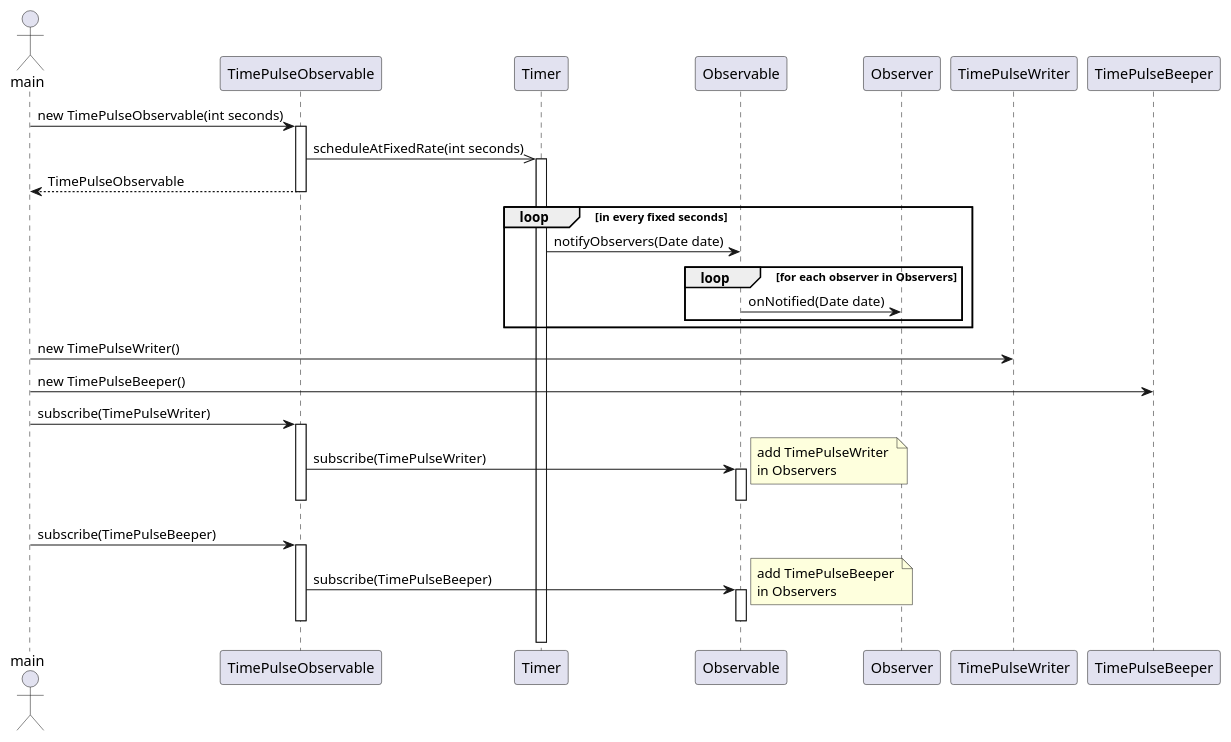
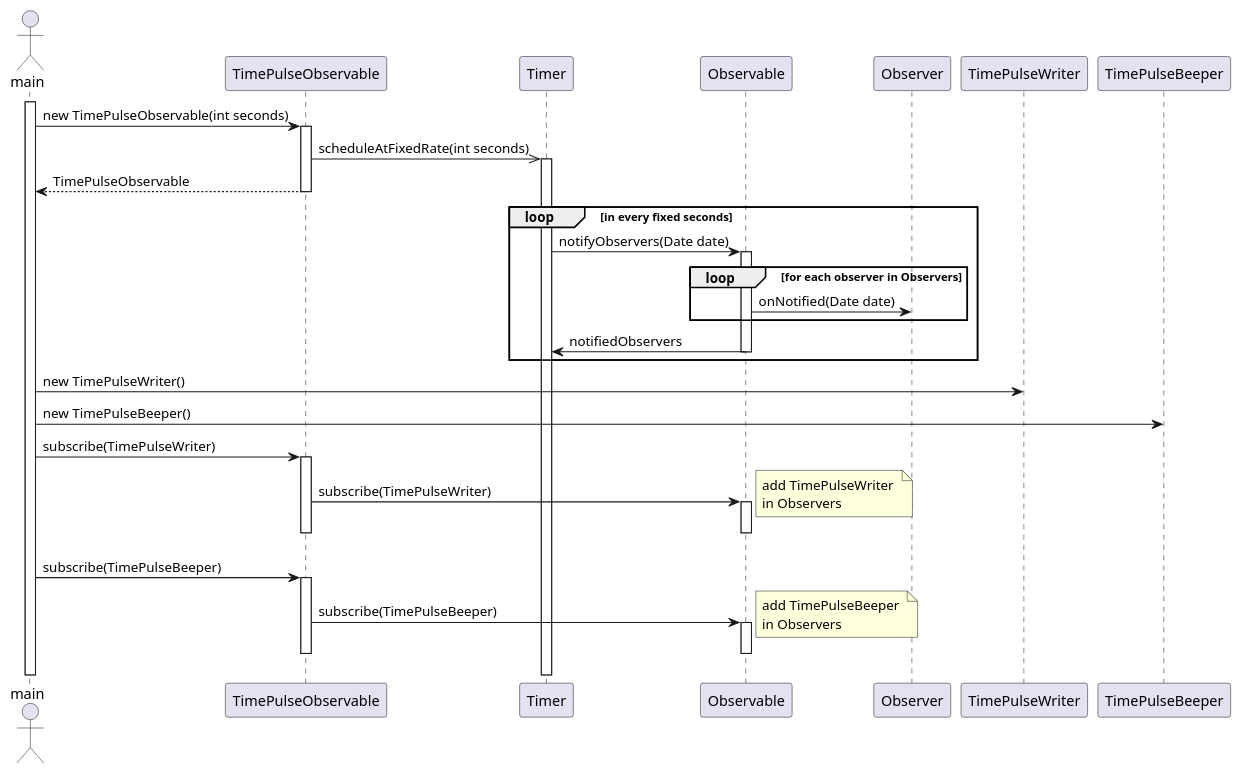
Before and after one commit to BeqaKhaburdzania/FreeUni-SDP-2013-Lab-UML: the diagram in Observer/ObserverSequenceDiagram.puml, drawn with PlantUML.

```diff
--- a/Observer/ObserverSequenceDiagram.puml
+++ b/Observer/ObserverSequenceDiagram.puml
@@ -1,37 +1,41 @@
 @startuml
     actor main
+    activate main
     main -> TimePulseObservable: new TimePulseObservable(int seconds)
     activate TimePulseObservable
     TimePulseObservable ->> Timer: scheduleAtFixedRate(int seconds) 
     activate Timer
     TimePulseObservable --> main : TimePulseObservable
     deactivate TimePulseObservable
      
     loop in every fixed seconds
 		Timer -> Observable: notifyObservers(Date date)
+		activate Observable
 		loop for each observer in Observers
 			Observable -> Observer: onNotified(Date date)
 		end
+		Observable -> Timer : notifiedObservers
+		deactivate Observable
 	end
 	 	
     main -> TimePulseWriter: new TimePulseWriter()
     main -> TimePulseBeeper: new TimePulseBeeper()
      
     main -> TimePulseObservable: subscribe(TimePulseWriter)
     
     activate TimePulseObservable
     TimePulseObservable -> Observable: subscribe(TimePulseWriter)
     activate Observable
     deactivate Observable
     deactivate TimePulseObservable
     note right : add TimePulseWriter \nin Observers
     
     main -> TimePulseObservable: subscribe(TimePulseBeeper)
     
     activate TimePulseObservable
     TimePulseObservable -> Observable: subscribe(TimePulseBeeper)
     activate Observable
     deactivate Observable
     deactivate TimePulseObservable
     note right : add TimePulseBeeper \nin Observers
  @enduml
```
